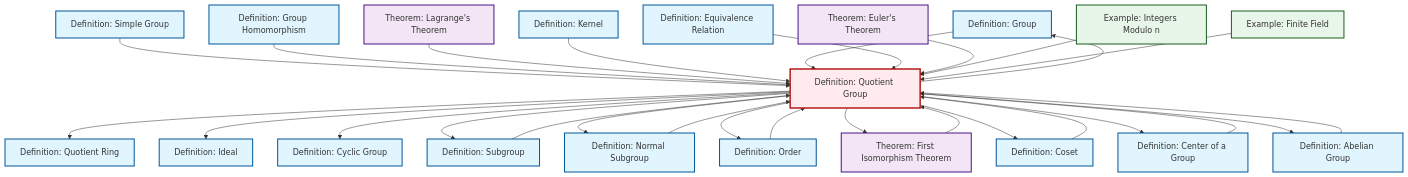
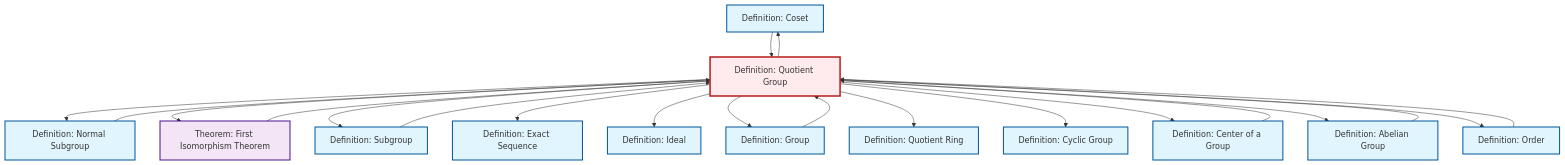
One commit to RK0429/ModernMath changed the diagram in content/en/algebra/def-quotient-group.qmd. Above: the diagram before and after it, drawn with Mermaid. The commit also changed other lines of this file and 654 other files, not shown here.

First line of the commit message:
fix: Update cross-references to equivalence relation in quotient ring definitions

````diff
--- a/content/en/algebra/def-quotient-group.qmd
+++ b/content/en/algebra/def-quotient-group.qmd
@@ -149,76 +150,55 @@
 ```{mermaid}
 %%| fig-cap: "Local dependency graph"
 graph TD
     classDef definition fill:#e1f5fe,stroke:#01579b,stroke-width:2px
     classDef theorem fill:#f3e5f5,stroke:#4a148c,stroke-width:2px
     classDef axiom fill:#fff3e0,stroke:#e65100,stroke-width:2px
     classDef example fill:#e8f5e9,stroke:#1b5e20,stroke-width:2px
     classDef current fill:#ffebee,stroke:#b71c1c,stroke-width:3px
+    def-coset["Definition: Coset"]:::definition
+    def-cyclic-group["Definition: Cyclic Group"]:::definition
+    def-quotient-ring["Definition: Quotient Ring"]:::definition
+    thm-first-isomorphism["Theorem: First Isomorphism Theorem"]:::theorem
     def-group["Definition: Group"]:::definition
-    def-equivalence-relation["Definition: Equivalence Relation"]:::definition
-    def-kernel["Definition: Kernel"]:::definition
+    def-center-of-group["Definition: Center of a Group"]:::definition
+    def-order["Definition: Order"]:::definition
+    def-quotient-group["Definition: Quotient Group"]:::definition
+    def-subgroup["Definition: Subgroup"]:::definition
+    def-ideal["Definition: Ideal"]:::definition
+    def-normal-subgroup["Definition: Normal Subgroup"]:::definition
     def-abelian-group["Definition: Abelian Group"]:::definition
-    def-center-of-group["Definition: Center of a Group"]:::definition
-    def-quotient-group["Definition: Quotient Group"]:::definition
-    thm-euler["Theorem: Euler's Theorem"]:::theorem
-    def-subgroup["Definition: Subgroup"]:::definition
-    def-cyclic-group["Definition: Cyclic Group"]:::definition
-    def-normal-subgroup["Definition: Normal Subgroup"]:::definition
-    ex-finite-field["Example: Finite Field"]:::example
-    def-ideal["Definition: Ideal"]:::definition
-    def-quotient-ring["Definition: Quotient Ring"]:::definition
-    thm-lagrange["Theorem: Lagrange's Theorem"]:::theorem
-    def-simple-group["Definition: Simple Group"]:::definition
-    def-order["Definition: Order"]:::definition
-    ex-quotient-integers-mod-n["Example: Integers Modulo n"]:::example
-    def-homomorphism["Definition: Group Homomorphism"]:::definition
-    def-coset["Definition: Coset"]:::definition
-    thm-first-isomorphism["Theorem: First Isomorphism Theorem"]:::theorem
-    def-simple-group --> def-quotient-group
+    def-exact-sequence["Definition: Exact Sequence"]:::definition
+    def-quotient-group --> def-normal-subgroup
+    def-subgroup --> def-quotient-group
+    def-quotient-group --> thm-first-isomorphism
+    def-quotient-group --> def-subgroup
+    def-abelian-group --> def-quotient-group
+    def-quotient-group --> def-exact-sequence
+    def-quotient-group --> def-ideal
+    thm-first-isomorphism --> def-quotient-group
+    def-quotient-group --> def-group
     def-quotient-group --> def-quotient-ring
-    def-quotient-group --> def-ideal
+    def-coset --> def-quotient-group
+    def-center-of-group --> def-quotient-group
     def-quotient-group --> def-cyclic-group
-    def-homomorphism --> def-quotient-group
-    thm-lagrange --> def-quotient-group
-    def-kernel --> def-quotient-group
-    def-subgroup --> def-quotient-group
-    def-quotient-group --> def-group
-    def-coset --> def-quotient-group
-    def-quotient-group --> def-subgroup
-    def-quotient-group --> def-normal-subgroup
+    def-order --> def-quotient-group
+    def-quotient-group --> def-center-of-group
+    def-quotient-group --> def-coset
+    def-quotient-group --> def-abelian-group
+    def-quotient-group --> def-order
     def-group --> def-quotient-group
-    def-quotient-group --> def-order
-    def-equivalence-relation --> def-quotient-group
-    def-quotient-group --> thm-first-isomorphism
     def-normal-subgroup --> def-quotient-group
-    thm-euler --> def-quotient-group
-    def-quotient-group --> def-coset
-    ex-quotient-integers-mod-n --> def-quotient-group
-    def-quotient-group --> def-center-of-group
-    ex-finite-field --> def-quotient-group
-    thm-first-isomorphism --> def-quotient-group
-    def-center-of-group --> def-quotient-group
-    def-abelian-group --> def-quotient-group
-    def-quotient-group --> def-abelian-group
-    def-order --> def-quotient-group
     class def-quotient-group current
+    click def-coset "def-coset.html" "Go to Coset definition"
+    click def-cyclic-group "def-cyclic-group.html" "Go to Cyclic Group definition"
+    click def-quotient-ring "def-quotient-ring.html" "Go to Quotient Ring definition"
+    click thm-first-isomorphism "thm-first-isomorphism.html" "Go to First Isomorphism Theorem theorem"
     click def-group "def-group.html" "Go to Group definition"
-    click def-equivalence-relation "def-equivalence-relation.html" "Go to Equivalence Relation definition"
-    click def-kernel "def-kernel.html" "Go to Kernel definition"
+    click def-center-of-group "def-center-of-group.html" "Go to Center of a Group definition"
+    click def-order "def-order.html" "Go to Order definition"
+    click def-subgroup "def-subgroup.html" "Go to Subgroup definition"
+    click def-ideal "def-ideal.html" "Go to Ideal definition"
+    click def-normal-subgroup "def-normal-subgroup.html" "Go to Normal Subgroup definition"
     click def-abelian-group "def-abelian-group.html" "Go to Abelian Group definition"
-    click def-center-of-group "def-center-of-group.html" "Go to Center of a Group definition"
-    click thm-euler "thm-euler.html" "Go to Euler's Theorem theorem"
-    click def-subgroup "def-subgroup.html" "Go to Subgroup definition"
-    click def-cyclic-group "def-cyclic-group.html" "Go to Cyclic Group definition"
-    click def-normal-subgroup "def-normal-subgroup.html" "Go to Normal Subgroup definition"
-    click ex-finite-field "ex-finite-field.html" "Go to Finite Field example"
-    click def-ideal "def-ideal.html" "Go to Ideal definition"
-    click def-quotient-ring "def-quotient-ring.html" "Go to Quotient Ring definition"
-    click thm-lagrange "thm-lagrange.html" "Go to Lagrange's Theorem theorem"
-    click def-simple-group "def-simple-group.html" "Go to Simple Group definition"
-    click def-order "def-order.html" "Go to Order definition"
-    click ex-quotient-integers-mod-n "ex-quotient-integers-mod-n.html" "Go to Integers Modulo n example"
-    click def-homomorphism "def-homomorphism.html" "Go to Group Homomorphism definition"
-    click def-coset "def-coset.html" "Go to Coset definition"
-    click thm-first-isomorphism "thm-first-isomorphism.html" "Go to First Isomorphism Theorem theorem"
+    click def-exact-sequence "def-exact-sequence.html" "Go to Exact Sequence definition"
 ```
````
